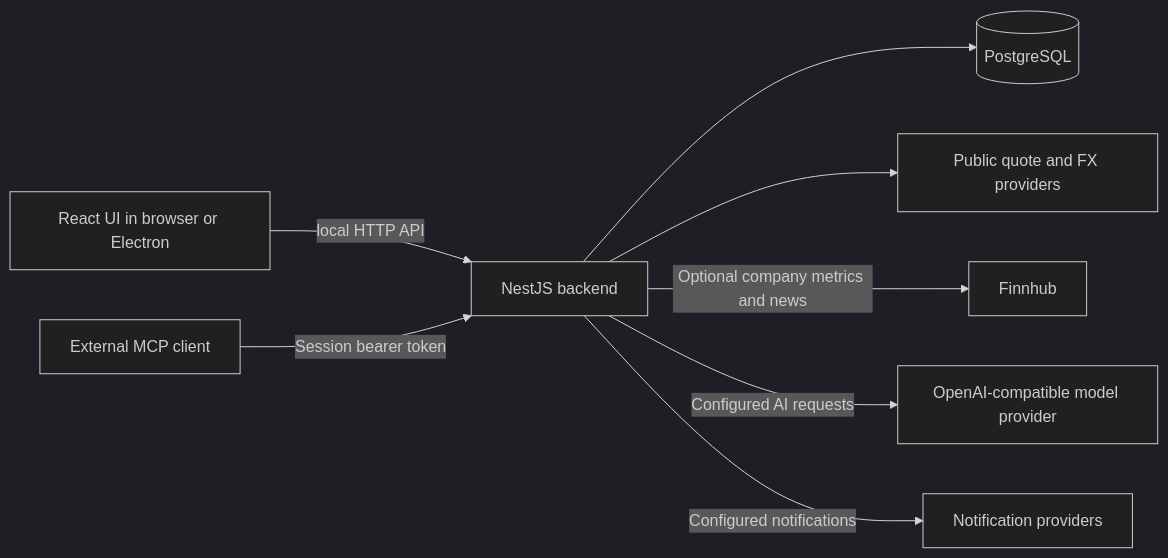
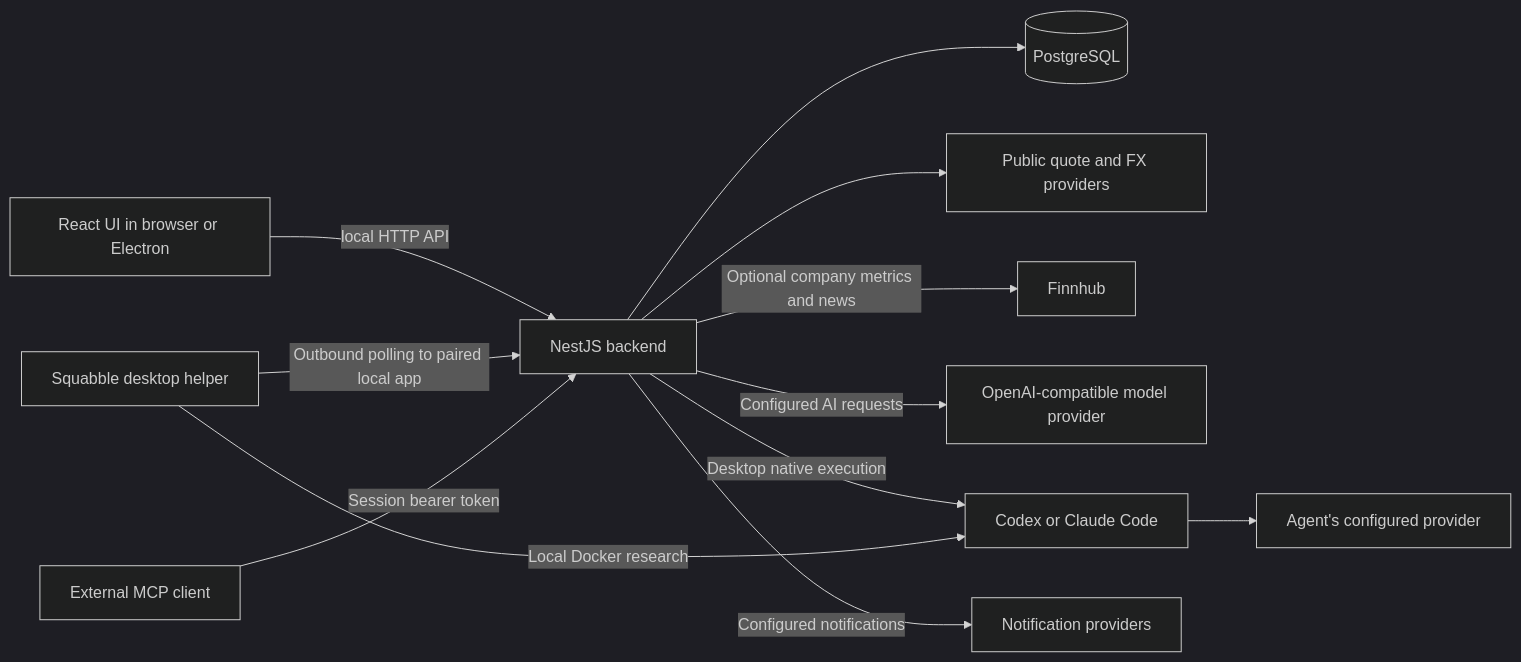
One commit to Lueyu/squabble changed the diagram in docs/architecture.md. Above: the diagram before and after it, drawn with Mermaid (dark theme). The commit also changed other lines of this file and 80 other files, not shown here.

Commit message:
feat: connect native Codex and Claude agents with desktop companion

````diff
--- a/docs/architecture.md
+++ b/docs/architecture.md
@@ -15,10 +15,14 @@
 ```mermaid
 flowchart LR
     UI[React UI in browser or Electron] -->|local HTTP API| Backend[NestJS backend]
     Backend --> Database[(PostgreSQL)]
     Backend --> Quotes[Public quote and FX providers]
     Backend -->|Optional company metrics and news| Finnhub[Finnhub]
     Backend -->|Configured AI requests| Model[OpenAI-compatible model provider]
+    Backend -->|Desktop native execution| Native[Codex or Claude Code]
+    Helper[Squabble desktop helper] -->|Outbound polling to paired local app| Backend
+    Helper -->|Local Docker research| Native
+    Native --> AgentProvider[Agent's configured provider]
     Backend -->|Configured notifications| Notify[Notification providers]
     External[External MCP client] -->|Session bearer token| Backend
 ```
````
